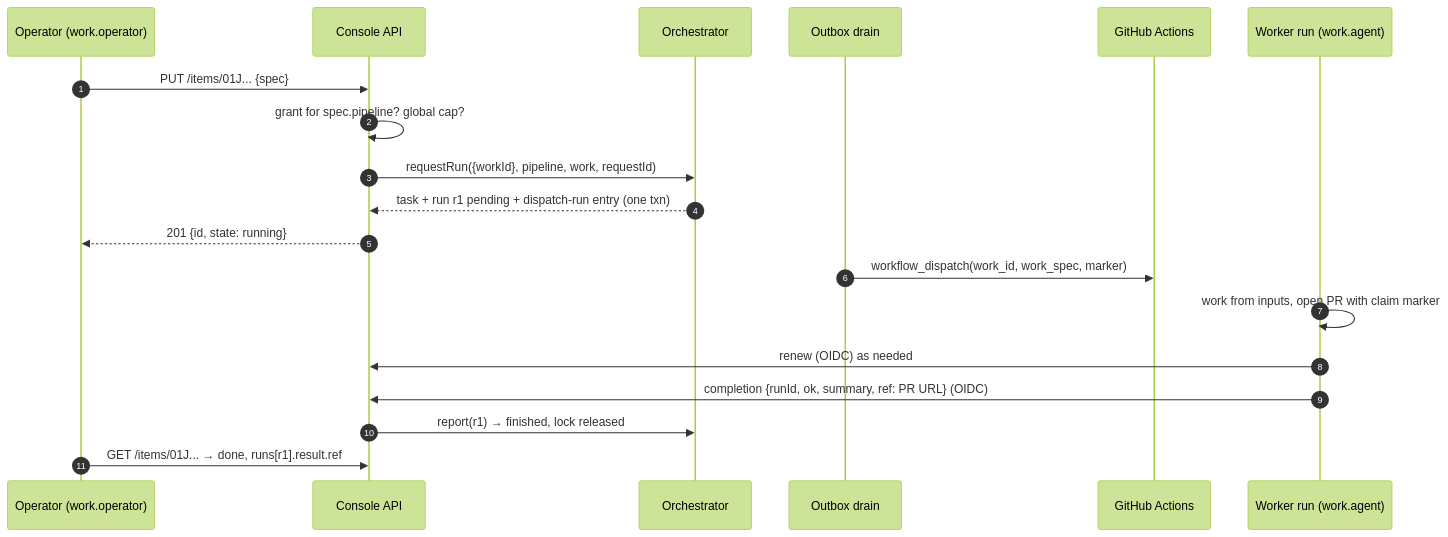
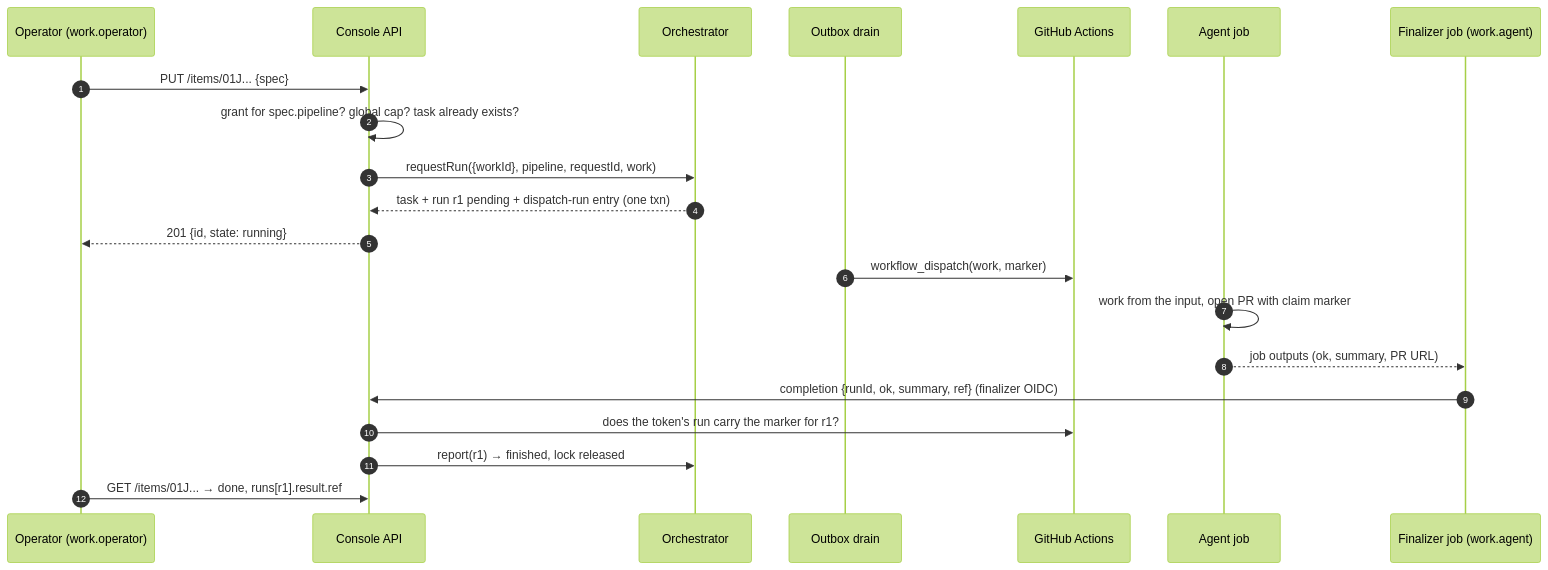
One commit to jlapenna/agent-lcars changed the fourth of 4 diagrams in docs/superpowers/specs/2026-08-23-native-work-items-design.md. Above: the diagram before and after it, drawn with Mermaid (forest theme). The commit also changed other lines of this file, not shown here.

First line of the commit message:
docs(work): fold the second review pass into the one-store spec

````diff
--- a/docs/superpowers/specs/2026-08-23-native-work-items-design.md
+++ b/docs/superpowers/specs/2026-08-23-native-work-items-design.md
@@ -310,22 +348,24 @@
 ```mermaid
 sequenceDiagram
   autonumber
   participant O as Operator (work.operator)
   participant API as Console API
   participant X as Orchestrator
   participant D as Outbox drain
   participant GH as GitHub Actions
-  participant A as Worker run (work.agent)
+  participant A as Agent job
+  participant F as Finalizer job (work.agent)
 
   O->>API: PUT /items/01J... {spec}
-  API->>API: grant for spec.pipeline? global cap?
-  API->>X: requestRun({workId}, pipeline, work, requestId)
+  API->>API: grant for spec.pipeline? global cap? task already exists?
+  API->>X: requestRun({workId}, pipeline, requestId, work)
   X-->>API: task + run r1 pending + dispatch-run entry (one txn)
   API-->>O: 201 {id, state: running}
-  D->>GH: workflow_dispatch(work_id, work_spec, marker)
-  A->>A: work from inputs, open PR with claim marker
-  A->>API: renew (OIDC) as needed
-  A->>API: completion {runId, ok, summary, ref: PR URL} (OIDC)
+  D->>GH: workflow_dispatch(work, marker)
+  A->>A: work from the input, open PR with claim marker
+  A-->>F: job outputs (ok, summary, PR URL)
+  F->>API: completion {runId, ok, summary, ref} (finalizer OIDC)
+  API->>GH: does the token's run carry the marker for r1?
   API->>X: report(r1) → finished, lock released
   O->>API: GET /items/01J... → done, runs[r1].result.ref
 ```
````
